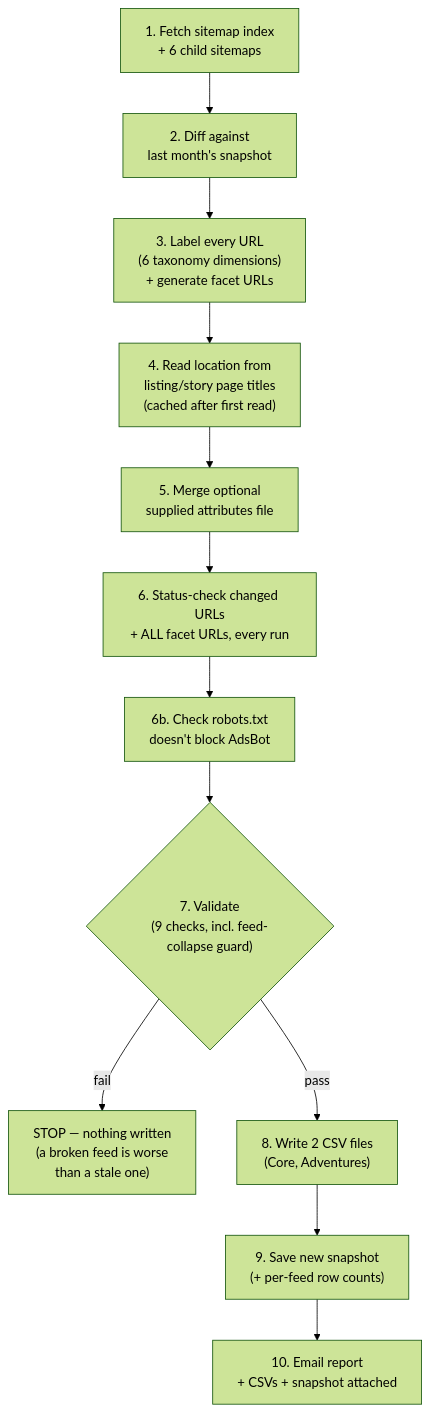
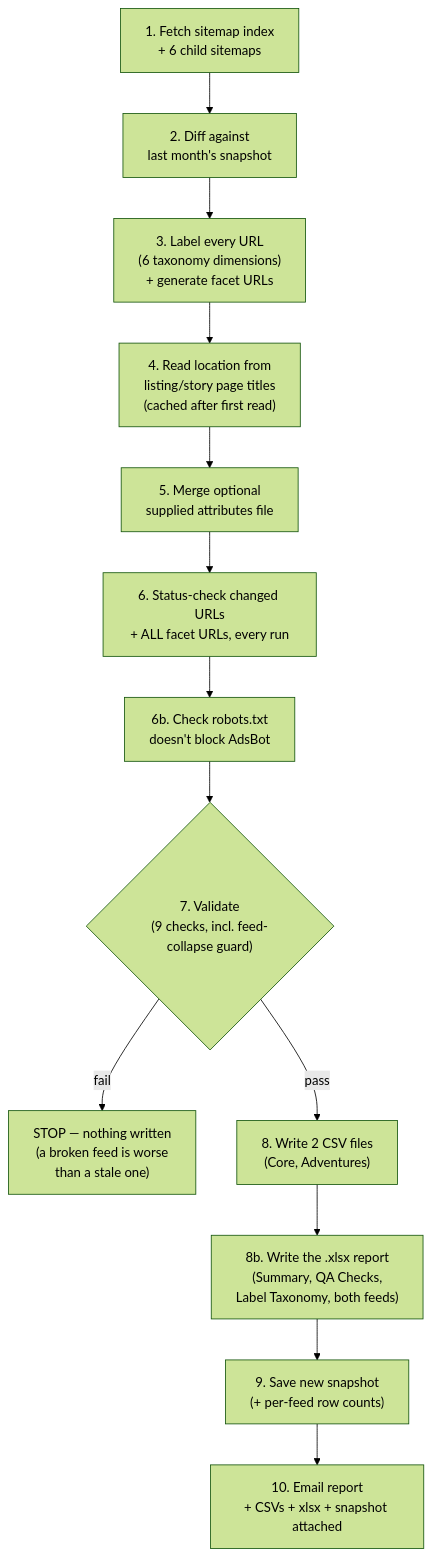
One commit to snr-growth/riparide-Page-Feeds-listings changed the first of 3 diagrams in PROJECT_STATUS.md. Above: the diagram before and after it, drawn with Mermaid (forest theme). The commit also changed other lines of this file and 10 other files, not shown here.

First line of the commit message:
Add a monthly .xlsx report (Summary, QA Checks, Label Taxonomy, both feeds)

````diff
--- a/PROJECT_STATUS.md
+++ b/PROJECT_STATUS.md
@@ -46,14 +46,15 @@
 ```mermaid
 flowchart TD
     A["1. Fetch sitemap index\n+ 6 child sitemaps"] --> B["2. Diff against\nlast month's snapshot"]
     B --> C["3. Label every URL\n(6 taxonomy dimensions)\n+ generate facet URLs"]
     C --> D["4. Read location from\nlisting/story page titles\n(cached after first read)"]
     D --> E["5. Merge optional\nsupplied attributes file"]
     E --> F["6. Status-check changed URLs\n+ ALL facet URLs, every run"]
     F --> R["6b. Check robots.txt\ndoesn't block AdsBot"]
     R --> G{"7. Validate\n(9 checks, incl. feed-collapse guard)"}
     G -- fail --> H["STOP — nothing written\n(a broken feed is worse\nthan a stale one)"]
     G -- pass --> I["8. Write 2 CSV files\n(Core, Adventures)"]
-    I --> J["9. Save new snapshot\n(+ per-feed row counts)"]
-    J --> K["10. Email report\n+ CSVs + snapshot attached"]
+    I --> X["8b. Write the .xlsx report\n(Summary, QA Checks,\nLabel Taxonomy, both feeds)"]
+    X --> J["9. Save new snapshot\n(+ per-feed row counts)"]
+    J --> K["10. Email report\n+ CSVs + xlsx + snapshot attached"]
 ```
````
